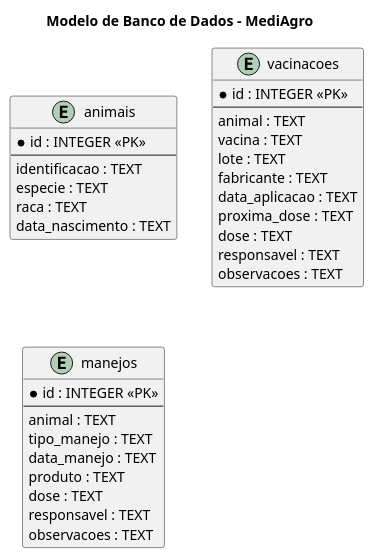
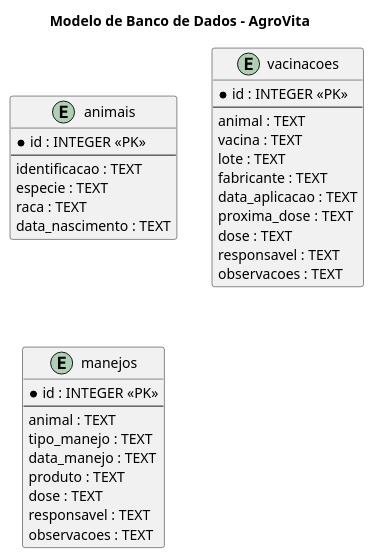
The diagram in modelo_banco_dados.puml (laisy2k/agrovita), drawn with PlantUML before and after one commit. The commit also changed 9 other files, not shown here.

Commit message:
refactor: renomeia projeto para AgroVita

```diff
--- a/modelo_banco_dados.puml
+++ b/modelo_banco_dados.puml
@@ -1,40 +1,40 @@
 @startuml
 
-title Modelo de Banco de Dados - MediAgro
+title Modelo de Banco de Dados - AgroVita
 
 entity "animais" as animais {
     * id : INTEGER <<PK>>
     --
     identificacao : TEXT
     especie : TEXT
     raca : TEXT
     data_nascimento : TEXT
 }
 
 entity "vacinacoes" as vacinacoes {
     * id : INTEGER <<PK>>
     --
     animal : TEXT
     vacina : TEXT
     lote : TEXT
     fabricante : TEXT
     data_aplicacao : TEXT
     proxima_dose : TEXT
     dose : TEXT
     responsavel : TEXT
     observacoes : TEXT
 }
 
 entity "manejos" as manejos {
     * id : INTEGER <<PK>>
     --
     animal : TEXT
     tipo_manejo : TEXT
     data_manejo : TEXT
     produto : TEXT
     dose : TEXT
     responsavel : TEXT
     observacoes : TEXT
 }
 
 @enduml
```
